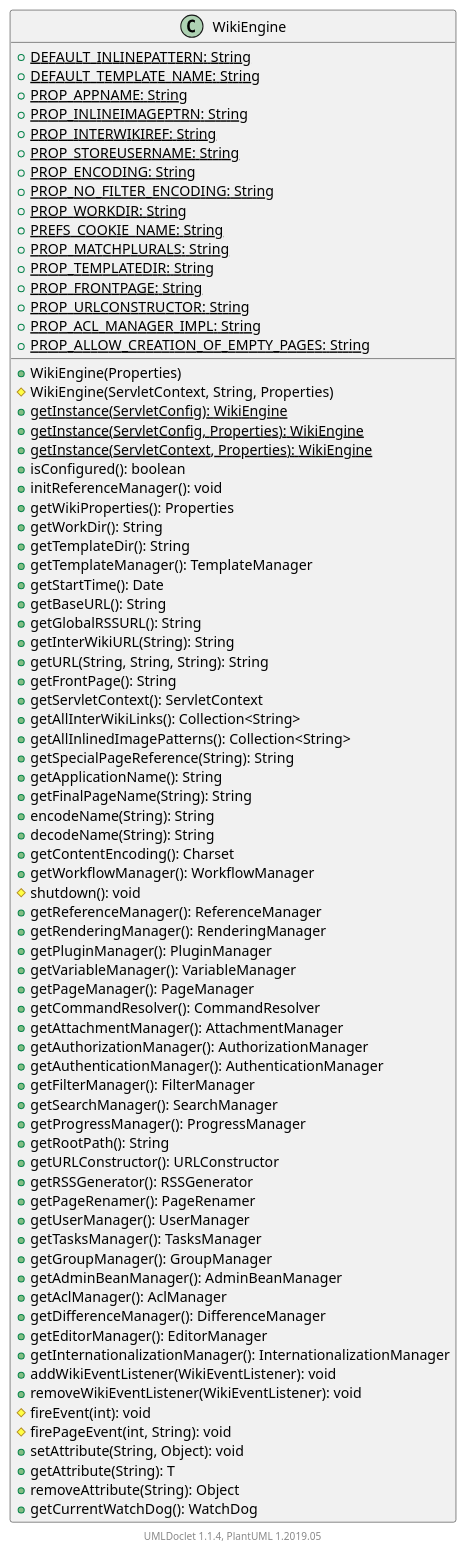
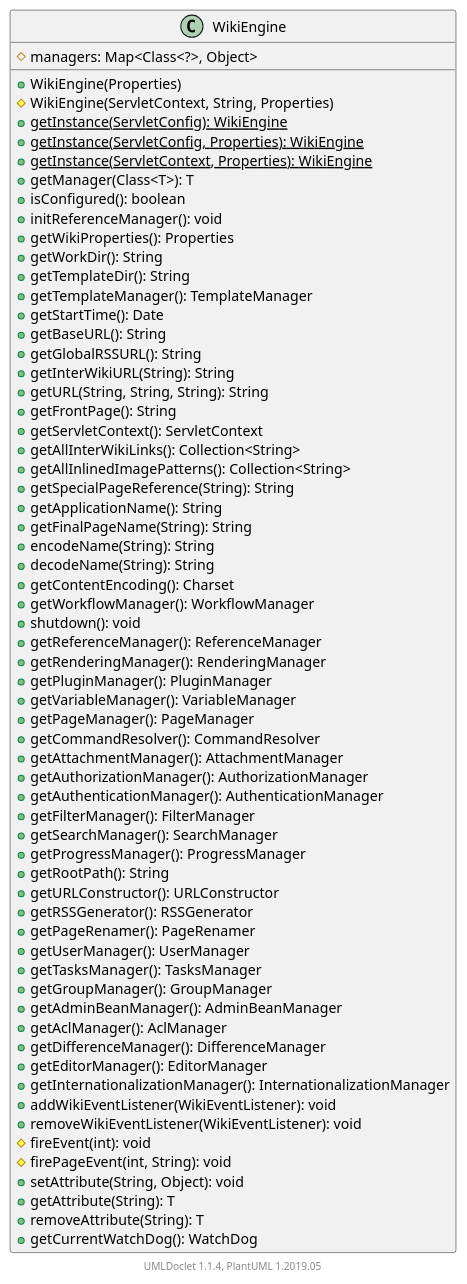
Before and after one commit to apache/jspwiki-site: the diagram in apidocs/2.11.0.M7-SNAPSHOT/org/apache/wiki/WikiEngine.puml, drawn with PlantUML. The commit also changed 1140 other files, not shown here.

```diff
--- a/apidocs/2.11.0.M7-SNAPSHOT/org/apache/wiki/WikiEngine.puml
+++ b/apidocs/2.11.0.M7-SNAPSHOT/org/apache/wiki/WikiEngine.puml
@@ -1,84 +1,70 @@
 @startuml
 
     class WikiEngine [[WikiEngine.html]] {
-        {static} +DEFAULT_INLINEPATTERN: String
-        {static} +DEFAULT_TEMPLATE_NAME: String
-        {static} +PROP_APPNAME: String
-        {static} +PROP_INLINEIMAGEPTRN: String
-        {static} +PROP_INTERWIKIREF: String
-        {static} +PROP_STOREUSERNAME: String
-        {static} +PROP_ENCODING: String
-        {static} +PROP_NO_FILTER_ENCODING: String
-        {static} +PROP_WORKDIR: String
-        {static} +PREFS_COOKIE_NAME: String
-        {static} +PROP_MATCHPLURALS: String
-        {static} +PROP_TEMPLATEDIR: String
-        {static} +PROP_FRONTPAGE: String
-        {static} +PROP_URLCONSTRUCTOR: String
-        {static} +PROP_ACL_MANAGER_IMPL: String
-        {static} +PROP_ALLOW_CREATION_OF_EMPTY_PAGES: String
+        #managers: Map<Class<?>, Object>
         +WikiEngine(Properties)
         #WikiEngine(ServletContext, String, Properties)
         {static} +getInstance(ServletConfig): WikiEngine
         {static} +getInstance(ServletConfig, Properties): WikiEngine
         {static} +getInstance(ServletContext, Properties): WikiEngine
+        +getManager(Class<T>): T
         +isConfigured(): boolean
         +initReferenceManager(): void
         +getWikiProperties(): Properties
         +getWorkDir(): String
         +getTemplateDir(): String
         +getTemplateManager(): TemplateManager
         +getStartTime(): Date
         +getBaseURL(): String
         +getGlobalRSSURL(): String
         +getInterWikiURL(String): String
         +getURL(String, String, String): String
         +getFrontPage(): String
         +getServletContext(): ServletContext
         +getAllInterWikiLinks(): Collection<String>
         +getAllInlinedImagePatterns(): Collection<String>
         +getSpecialPageReference(String): String
         +getApplicationName(): String
         +getFinalPageName(String): String
         +encodeName(String): String
         +decodeName(String): String
         +getContentEncoding(): Charset
         +getWorkflowManager(): WorkflowManager
-        #shutdown(): void
+        +shutdown(): void
         +getReferenceManager(): ReferenceManager
         +getRenderingManager(): RenderingManager
         +getPluginManager(): PluginManager
         +getVariableManager(): VariableManager
         +getPageManager(): PageManager
         +getCommandResolver(): CommandResolver
         +getAttachmentManager(): AttachmentManager
         +getAuthorizationManager(): AuthorizationManager
         +getAuthenticationManager(): AuthenticationManager
         +getFilterManager(): FilterManager
         +getSearchManager(): SearchManager
         +getProgressManager(): ProgressManager
         +getRootPath(): String
         +getURLConstructor(): URLConstructor
         +getRSSGenerator(): RSSGenerator
         +getPageRenamer(): PageRenamer
         +getUserManager(): UserManager
         +getTasksManager(): TasksManager
         +getGroupManager(): GroupManager
         +getAdminBeanManager(): AdminBeanManager
         +getAclManager(): AclManager
         +getDifferenceManager(): DifferenceManager
         +getEditorManager(): EditorManager
         +getInternationalizationManager(): InternationalizationManager
         +addWikiEventListener(WikiEventListener): void
         +removeWikiEventListener(WikiEventListener): void
         #fireEvent(int): void
         #firePageEvent(int, String): void
         +setAttribute(String, Object): void
         +getAttribute(String): T
-        +removeAttribute(String): Object
+        +removeAttribute(String): T
         +getCurrentWatchDog(): WatchDog
     }
 
 
     center footer UMLDoclet 1.1.4, PlantUML 1.2019.05
 @enduml
```
